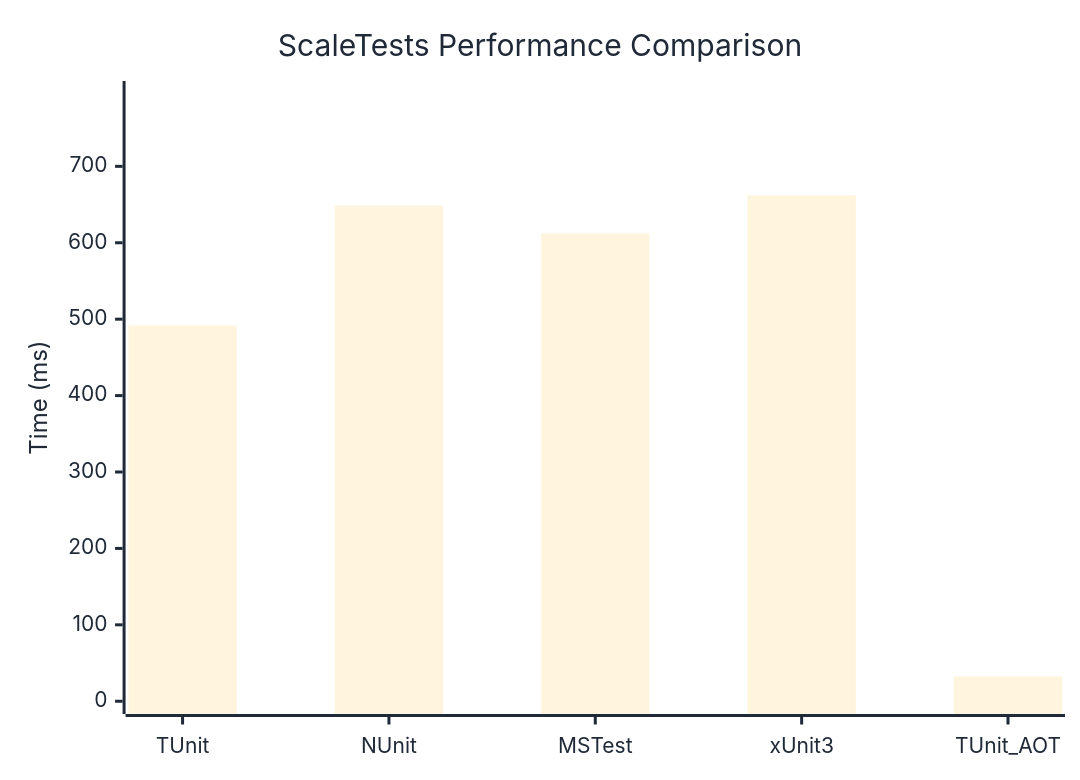
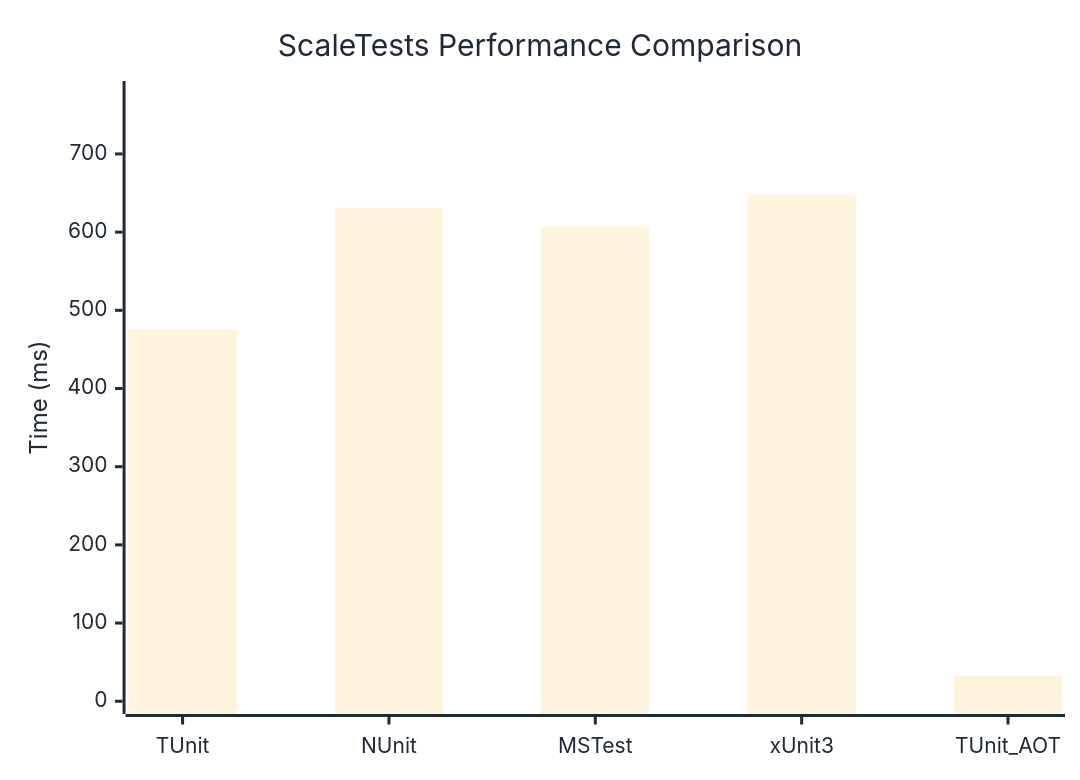
One commit to thomhurst/TUnit changed the diagram in docs/docs/benchmarks/ScaleTests.md. Above: the diagram before and after it, drawn with Mermaid. The commit also changed other lines of this file and 17 other files, not shown here.

````diff
--- a/docs/docs/benchmarks/ScaleTests.md
+++ b/docs/docs/benchmarks/ScaleTests.md
@@ -27,37 +27,37 @@
 ```mermaid
 %%{init: {
   'theme':'base',
   'themeVariables': {
     'primaryColor': '#2563eb',
     'primaryTextColor': '#1f2937',
     'primaryBorderColor': '#1e40af',
     'lineColor': '#6b7280',
     'secondaryColor': '#7c3aed',
     'tertiaryColor': '#dc2626',
     'background': '#ffffff',
     'mainBkg': '#2563eb',
     'secondBkg': '#7c3aed',
     'tertiaryBkg': '#dc2626',
     'clusterBkg': '#f3f4f6',
     'edgeLabelBackground': '#ffffff',
     'tertiaryTextColor': '#1f2937',
     'pie1': '#2563eb',
     'pie2': '#7c3aed',
     'pie3': '#dc2626',
     'pie4': '#f59e0b',
     'pie5': '#10b981',
     'pie6': '#06b6d4',
     'pie7': '#ec4899',
     'pie8': '#6366f1',
     'pie9': '#84cc16',
     'pie10': '#f97316',
     'pie11': '#14b8a6',
     'pie12': '#a855f7'
   }
 }}%%
 xychart-beta
   title "ScaleTests Performance Comparison"
   x-axis ["TUnit", "NUnit", "MSTest", "xUnit3", "TUnit_AOT"]
-  y-axis "Time (ms)" 0 --> 795
-  bar [491.85, 648.65, 612.36, 661.86, 32.51]
+  y-axis "Time (ms)" 0 --> 777
+  bar [475.56, 631.27, 606.98, 647.39, 32.24]
 ```
````
